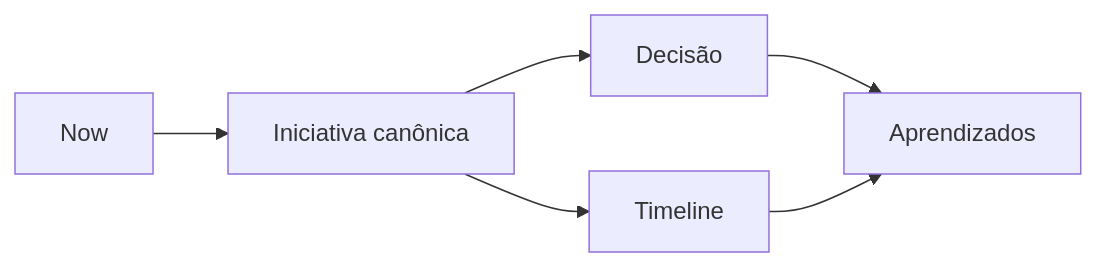
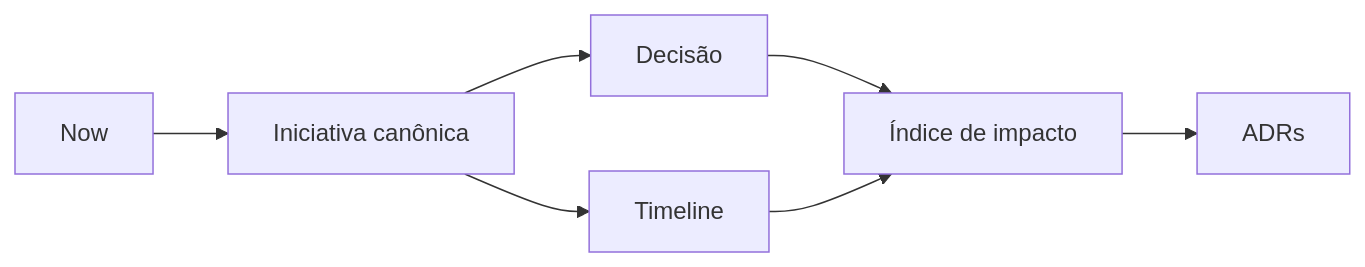
One commit to rosanarezende/mundo-da-mel-showcase changed the diagram in roadmap/now-next-later.md. Above: the diagram before and after it, drawn with Mermaid. The commit also changed other lines of this file and 5 other files, not shown here.

````diff
--- a/roadmap/now-next-later.md
+++ b/roadmap/now-next-later.md
@@ -3,8 +3,9 @@
 ```mermaid
 flowchart LR
 	N[Now] --> I[Iniciativa canônica]
 	I --> D[Decisão]
 	I --> T[Timeline]
-	D --> L[Aprendizados]
+	D --> L[Índice de impacto]
 	T --> L
+	L --> A[ADRs]
 ```
````
